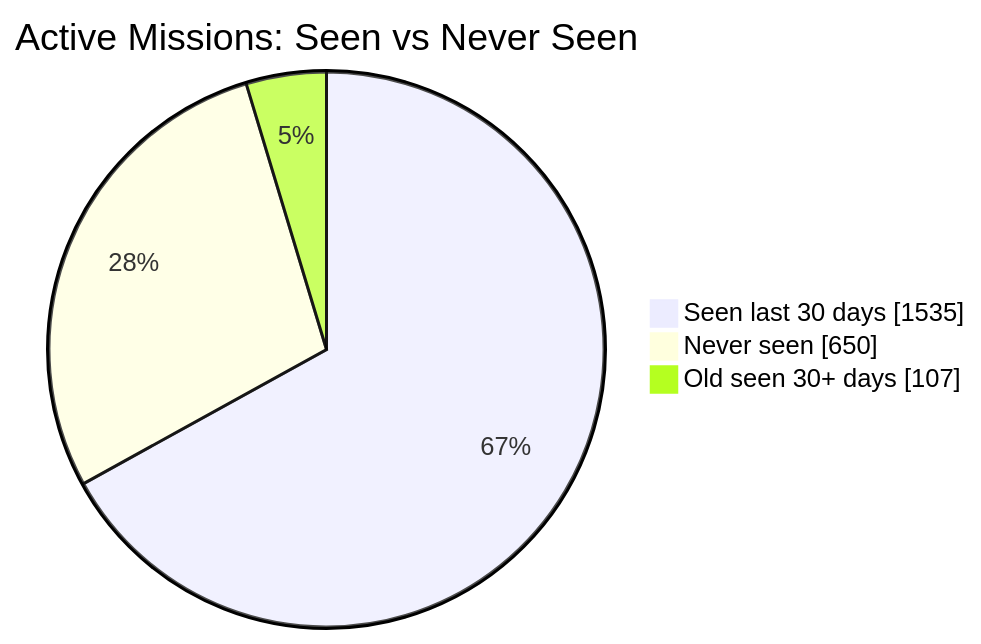
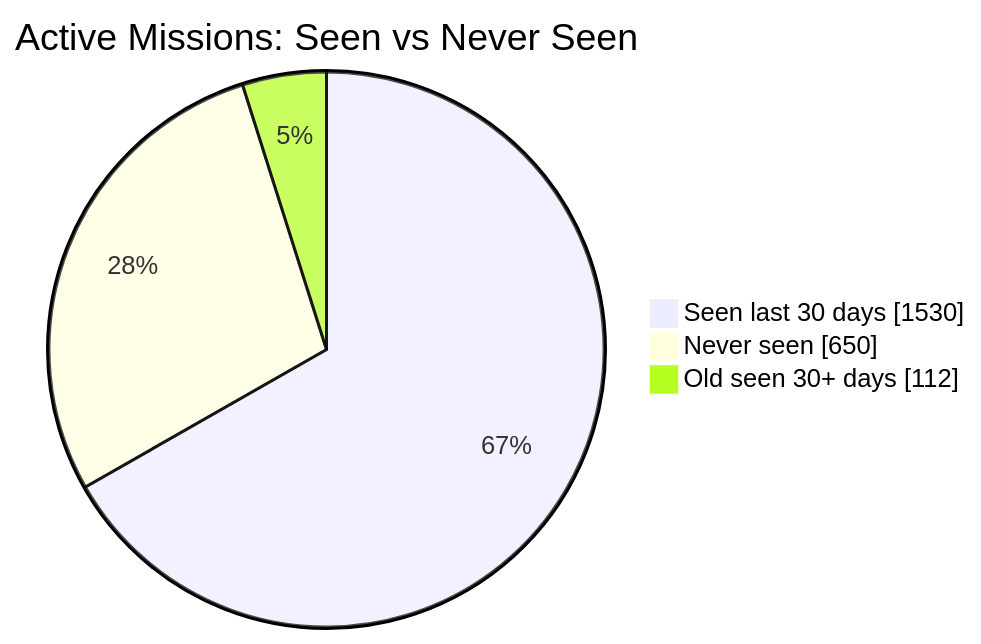
Before and after one commit to MeldkamerspelGameTeam/active-missions: the first of 2 diagrams in README.md, drawn with Mermaid. The commit also changed other lines of this file and 2 other files, not shown here.

````diff
--- a/README.md
+++ b/README.md
@@ -34,7 +34,7 @@
 ```mermaid
 pie showData
     title Active Missions: Seen vs Never Seen
-    "Seen last 30 days" : 1535
+    "Seen last 30 days" : 1530
     "Never seen" : 650
-    "Old seen 30+ days" : 107
+    "Old seen 30+ days" : 112
 ```
````
